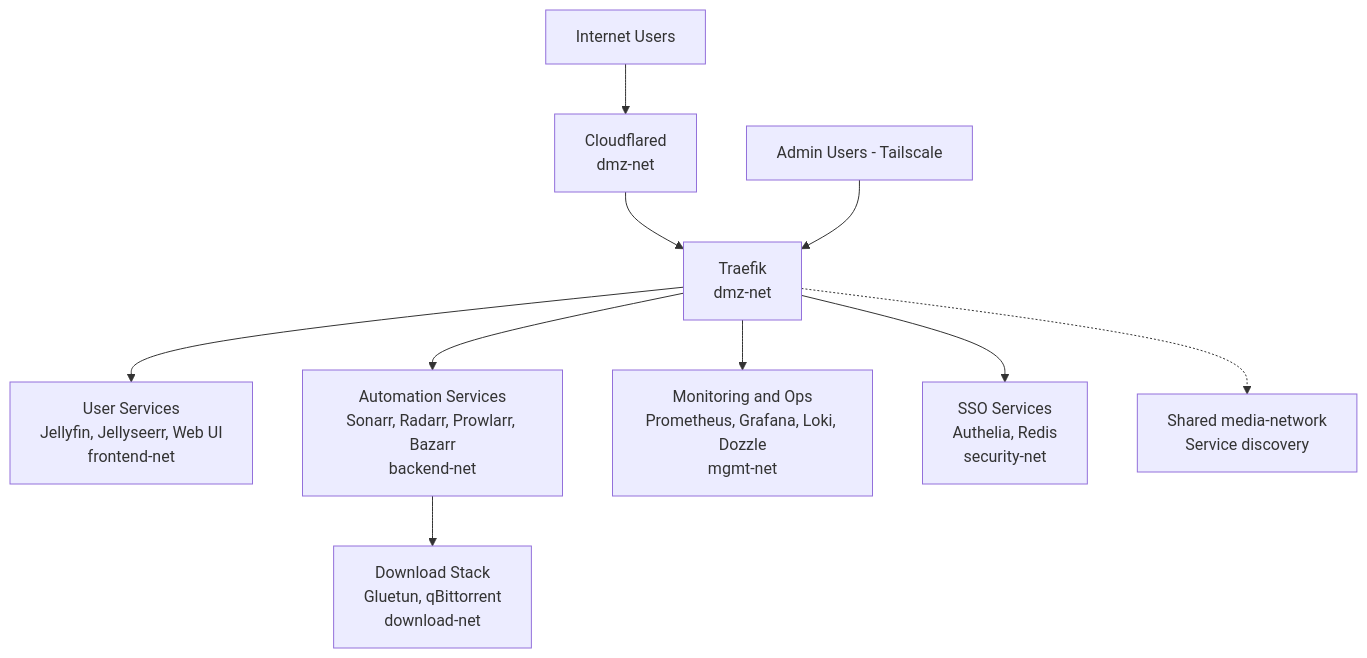
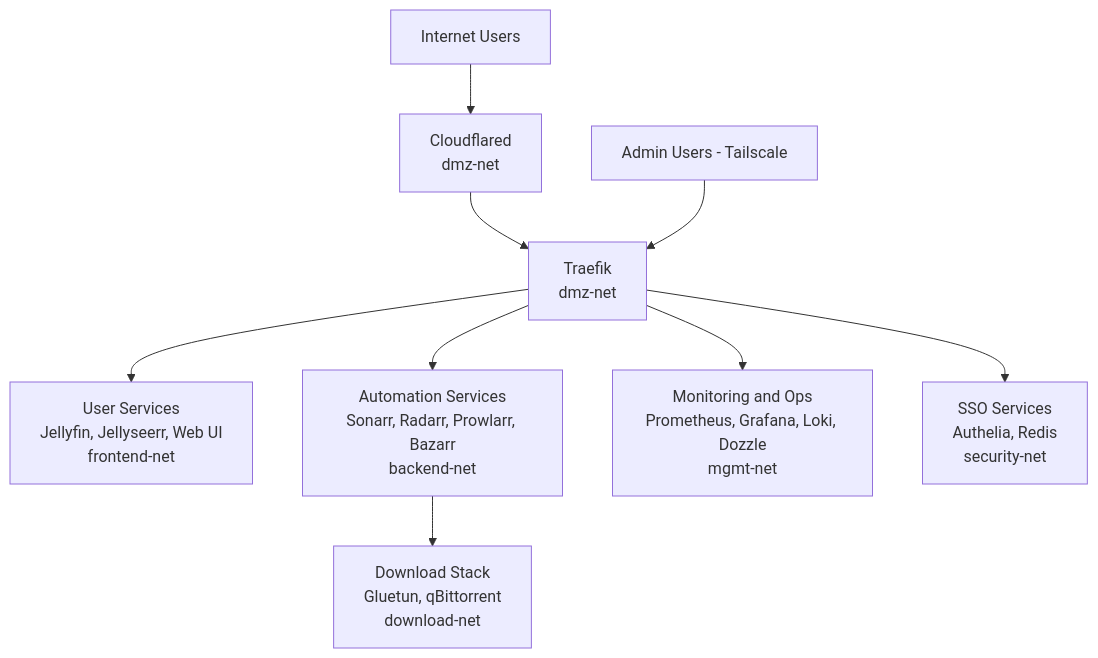
Before and after one commit to otterammo/otterstack-v2: the first of 7 diagrams in docs/NETWORK-ARCHITECTURE.md, drawn with Mermaid. The commit also changed other lines of this file and 20 other files, not shown here.

Commit message:
refactor(network): removed legacy media-network and simplified environment configuration

````diff
--- a/docs/NETWORK-ARCHITECTURE.md
+++ b/docs/NETWORK-ARCHITECTURE.md
@@ -8,23 +8,21 @@
 ```mermaid
 graph TB
     INET[Internet Users]
     TAIL[Admin Users - Tailscale]
 
     CFD[Cloudflared<br/>dmz-net]
     TR[Traefik<br/>dmz-net]
     FRONT[User Services<br/>Jellyfin, Jellyseerr, Web UI<br/>frontend-net]
     BACK[Automation Services<br/>Sonarr, Radarr, Prowlarr, Bazarr<br/>backend-net]
     DL[Download Stack<br/>Gluetun, qBittorrent<br/>download-net]
     MGMT[Monitoring and Ops<br/>Prometheus, Grafana, Loki, Dozzle<br/>mgmt-net]
     SEC[SSO Services<br/>Authelia, Redis<br/>security-net]
-    LEGACY[Shared media-network<br/>Service discovery]
 
     INET --> CFD --> TR
     TAIL --> TR
     TR --> FRONT
     TR --> BACK
     BACK --> DL
     TR --> MGMT
     TR --> SEC
-    TR -.-> LEGACY
 ```
````
